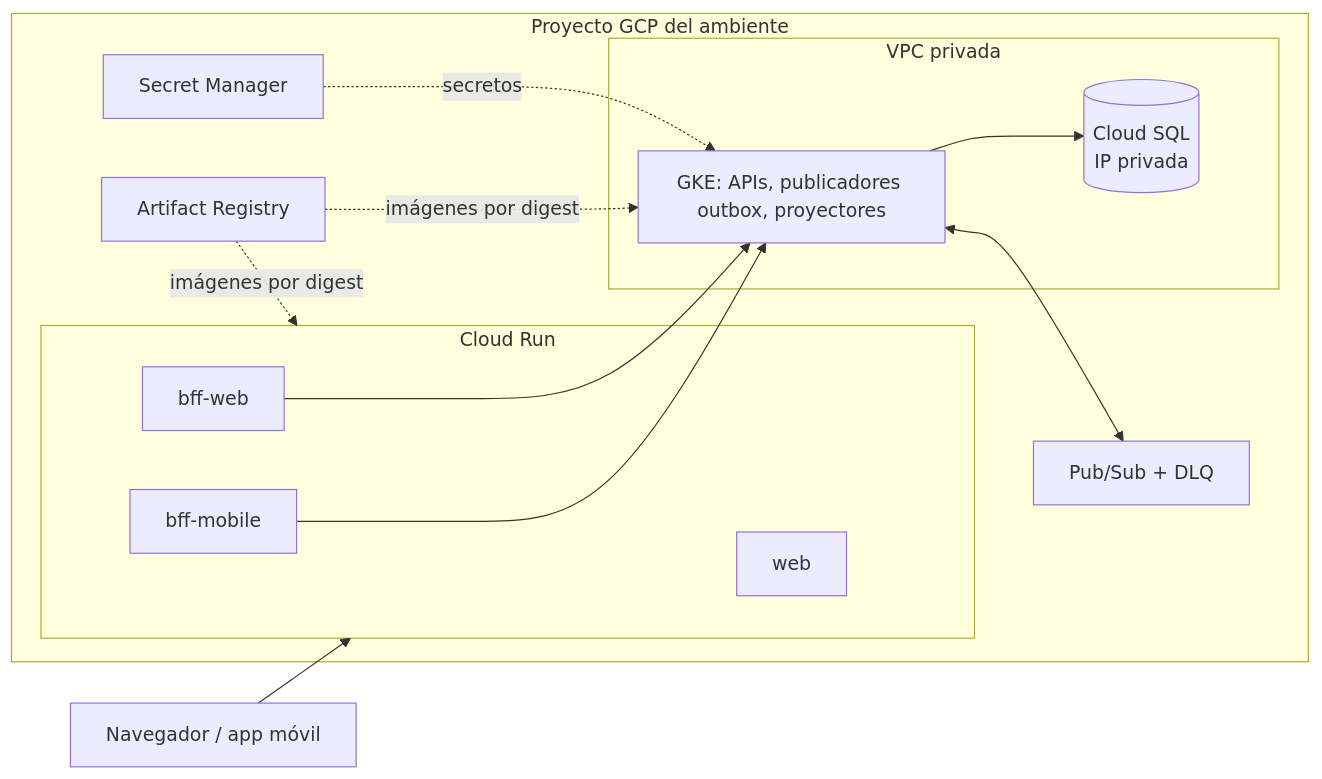
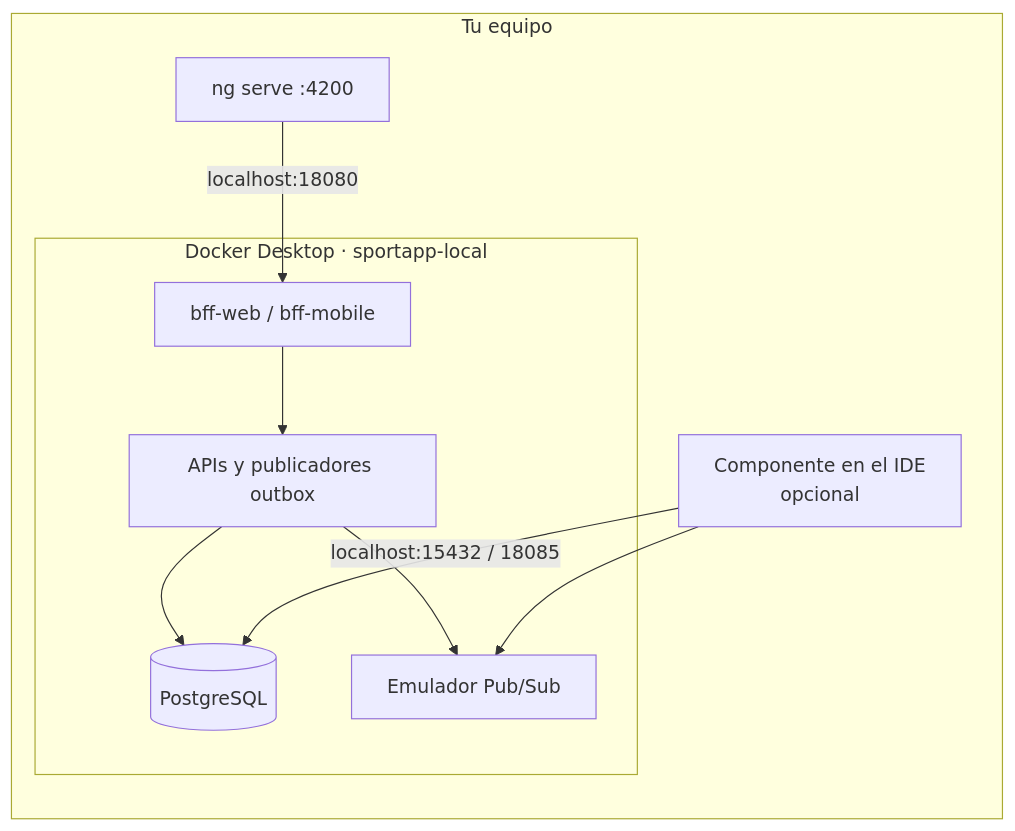
One commit to lfnavarroj1/sport-app-platform changed the first of 3 diagrams in infra/terraform/README.md. Above: the diagram before and after it, drawn with Mermaid. The commit also changed other lines of this file and 41 other files, not shown here.

Commit message:
refactor(infra): mover desarrollo a Kubernetes local y dejar GCP solo para produccion

````diff
--- a/infra/terraform/README.md
+++ b/infra/terraform/README.md
@@ -77,25 +91,18 @@
 ```mermaid
 flowchart LR
-    U[Navegador / app móvil] --> RUN
-    subgraph GCP[Proyecto GCP del ambiente]
-      subgraph RUN[Cloud Run]
-        WEB[web]
-        BFW[bff-web]
-        BFM[bff-mobile]
+    subgraph PC[Tu equipo]
+      NG[ng serve :4200]
+      IDE[Componente en el IDE<br/>opcional]
+      subgraph DD[Docker Desktop · sportapp-local]
+        BFF[bff-web / bff-mobile]
+        API[APIs y publicadores outbox]
+        PG[(PostgreSQL)]
+        EMU[Emulador Pub/Sub]
       end
-      subgraph VPC[VPC privada]
-        GKE[GKE: APIs, publicadores outbox, proyectores]
-        SQL[(Cloud SQL<br/>IP privada)]
-      end
-      PS[Pub/Sub + DLQ]
-      SM[Secret Manager]
-      AR[Artifact Registry]
     end
-    BFW --> GKE
-    BFM --> GKE
-    GKE --> SQL
-    GKE <--> PS
-    SM -. secretos .-> GKE
-    AR -. imágenes por digest .-> RUN
-    AR -. imágenes por digest .-> GKE
+    NG -- localhost:18080 --> BFF
+    BFF --> API --> PG
+    API --> EMU
+    IDE -- localhost:15432 / 18085 --> PG
+    IDE --> EMU
 ```
````
